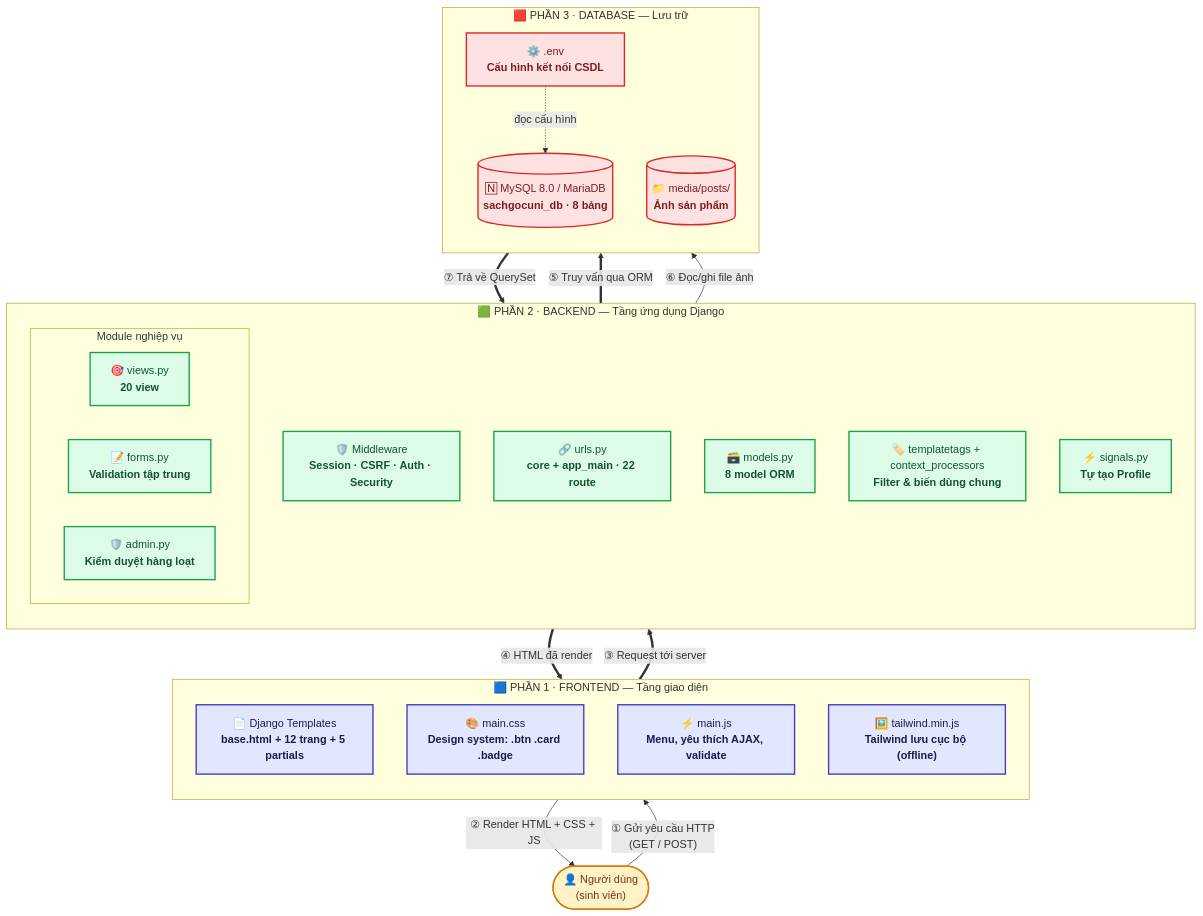
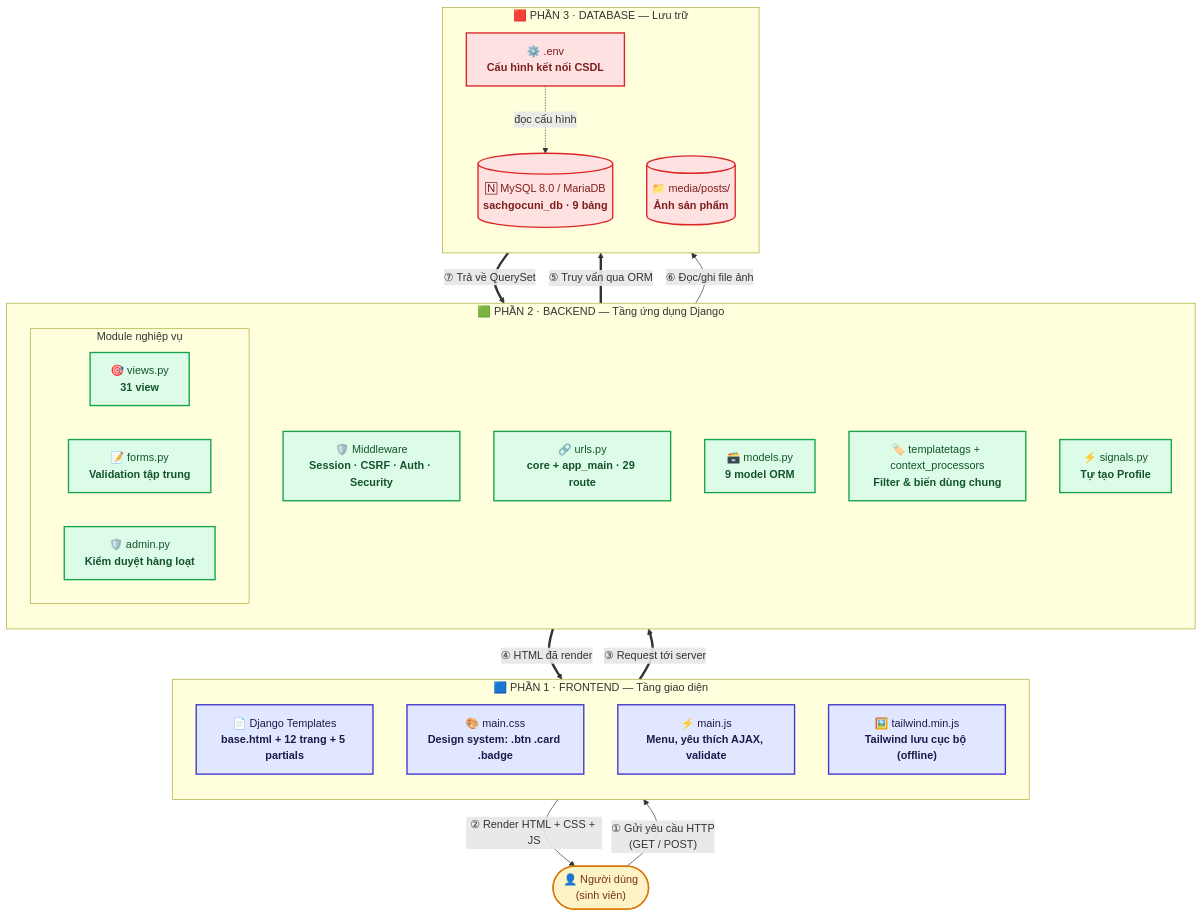
The first of 3 diagrams in README.md (24CT1-NGUYENVANHAO/congnghephanmen), drawn with Mermaid before and after one commit. The commit also changed other lines of this file and 18 other files, not shown here.

````diff
--- a/README.md
+++ b/README.md
@@ -401,58 +412,58 @@
 ```mermaid
 flowchart TD
     User(["👤 Người dùng<br/>(sinh viên)"])
 
     subgraph FRONTEND ["🟦 PHẦN 1 · FRONTEND — Tầng giao diện"]
         direction TB
         T1["📄 Django Templates<br/><b>base.html + 12 trang + 5 partials</b>"]
         T2["🎨 main.css<br/><b>Design system: .btn .card .badge</b>"]
         T3["⚡ main.js<br/><b>Menu, yêu thích AJAX, validate</b>"]
         T4["🖼️ tailwind.min.js<br/><b>Tailwind lưu cục bộ (offline)</b>"]
     end
 
     subgraph BACKEND ["🟩 PHẦN 2 · BACKEND — Tầng ứng dụng Django"]
         direction TB
         B1["🛡️ Middleware<br/><b>Session · CSRF · Auth · Security</b>"]
-        B2["🔗 urls.py<br/><b>core + app_main · 22 route</b>"]
+        B2["🔗 urls.py<br/><b>core + app_main · 29 route</b>"]
 
         subgraph NGHIEPVU ["Module nghiệp vụ"]
             direction LR
-            B3["🎯 views.py<br/><b>20 view</b>"]
+            B3["🎯 views.py<br/><b>31 view</b>"]
             B4["📝 forms.py<br/><b>Validation tập trung</b>"]
             B5["🛡️ admin.py<br/><b>Kiểm duyệt hàng loạt</b>"]
         end
 
-        B6["🗃️ models.py<br/><b>8 model ORM</b>"]
+        B6["🗃️ models.py<br/><b>9 model ORM</b>"]
         B7["🏷️ templatetags + context_processors<br/><b>Filter & biến dùng chung</b>"]
         B8["⚡ signals.py<br/><b>Tự tạo Profile</b>"]
     end
 
     subgraph DATABASE ["🟥 PHẦN 3 · DATABASE — Lưu trữ"]
         direction TB
-        D1[("🄽 MySQL 8.0 / MariaDB<br/><b>sachgocuni_db · 8 bảng</b>")]
+        D1[("🄽 MySQL 8.0 / MariaDB<br/><b>sachgocuni_db · 9 bảng</b>")]
         D2[("📁 media/posts/<br/><b>Ảnh sản phẩm</b>")]
         D3["⚙️ .env<br/><b>Cấu hình kết nối CSDL</b>"]
     end
 
     User -->|"① Gửi yêu cầu HTTP<br/>(GET / POST)"| FRONTEND
     FRONTEND -->|"② Render HTML + CSS + JS"| User
 
     FRONTEND ==>|"③ Request tới server"| BACKEND
     BACKEND ==>|"④ HTML đã render"| FRONTEND
 
     BACKEND ==>|"⑤ Truy vấn qua ORM"| D1
     BACKEND -->|"⑥ Đọc/ghi file ảnh"| D2
     D3 -.->|"đọc cấu hình"| D1
 
     D1 ==>|"⑦ Trả về QuerySet"| BACKEND
 
     classDef fe fill:#e0e7ff,stroke:#4338ca,stroke-width:2px,color:#1e1b4b
     classDef be fill:#dcfce7,stroke:#16a34a,stroke-width:2px,color:#14532d
     classDef db fill:#fee2e2,stroke:#dc2626,stroke-width:2px,color:#7f1d1d
     classDef user fill:#fef3c7,stroke:#d97706,stroke-width:2px,color:#78350f
 
     class T1,T2,T3,T4 fe
     class B1,B2,B3,B4,B5,B6,B7,B8 be
     class D1,D2,D3 db
     class User user
 ```
````
